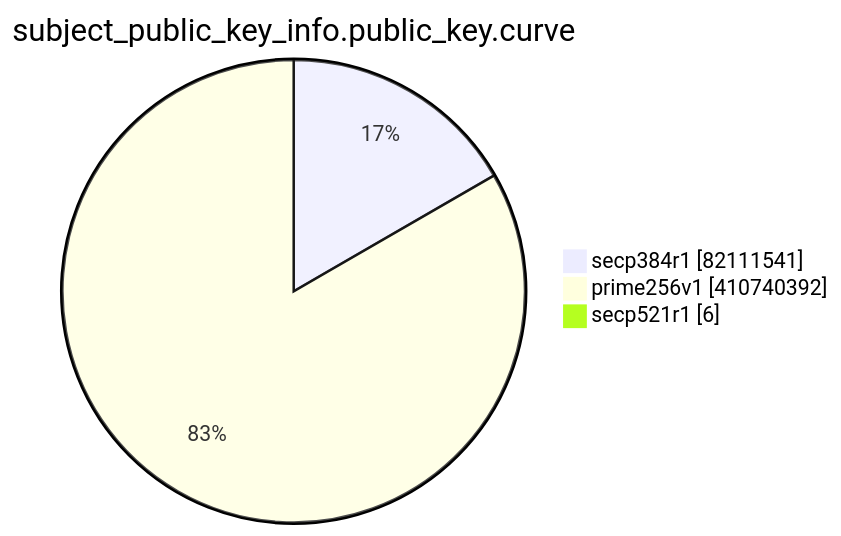
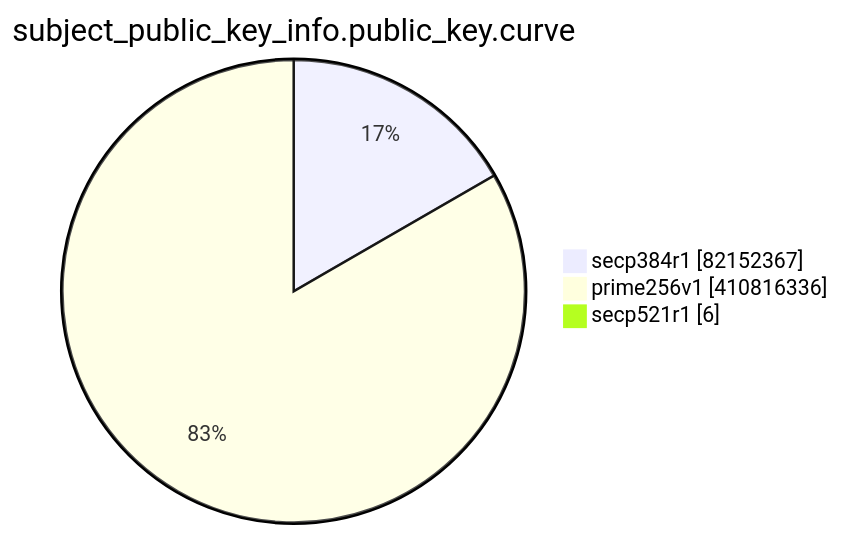
Before and after one commit to christiankrug/ctmonitor_visualization: the eighth of 15 diagrams in TOTAL/README.md, drawn with Mermaid. The commit also changed other lines of this file, not shown here.

````diff
--- a/TOTAL/README.md
+++ b/TOTAL/README.md
@@ -3096,7 +3096,7 @@
 ```mermaid
 pie showData
 title subject_public_key_info.public_key.curve
-"secp384r1" :82111541
-"prime256v1" :410740392
+"secp384r1" :82152367
+"prime256v1" :410816336
 "secp521r1" :6
 ```
````
